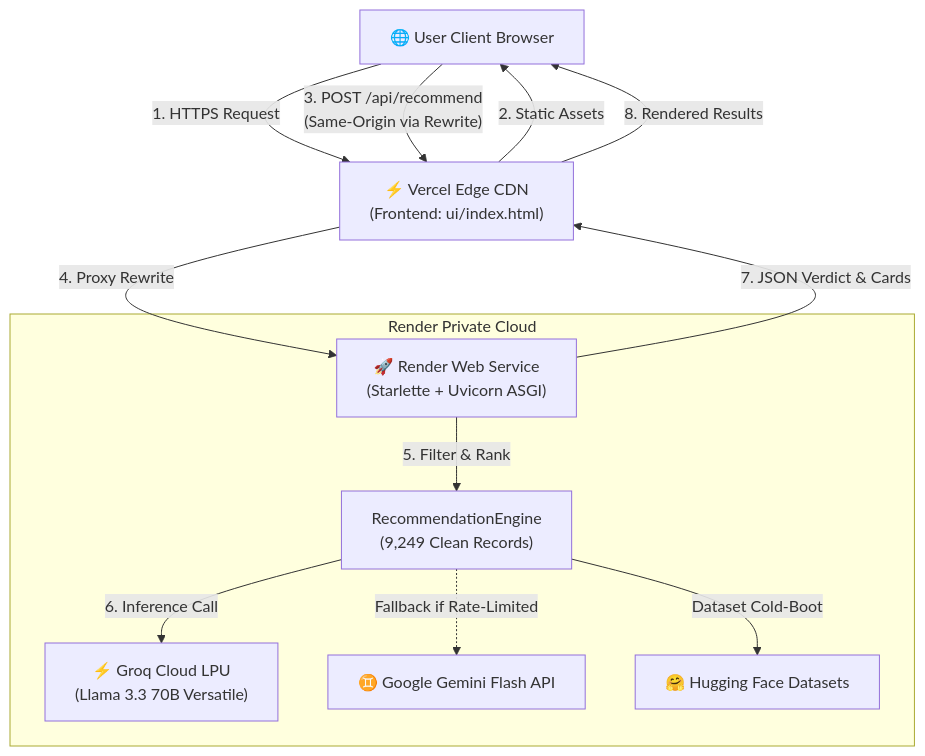
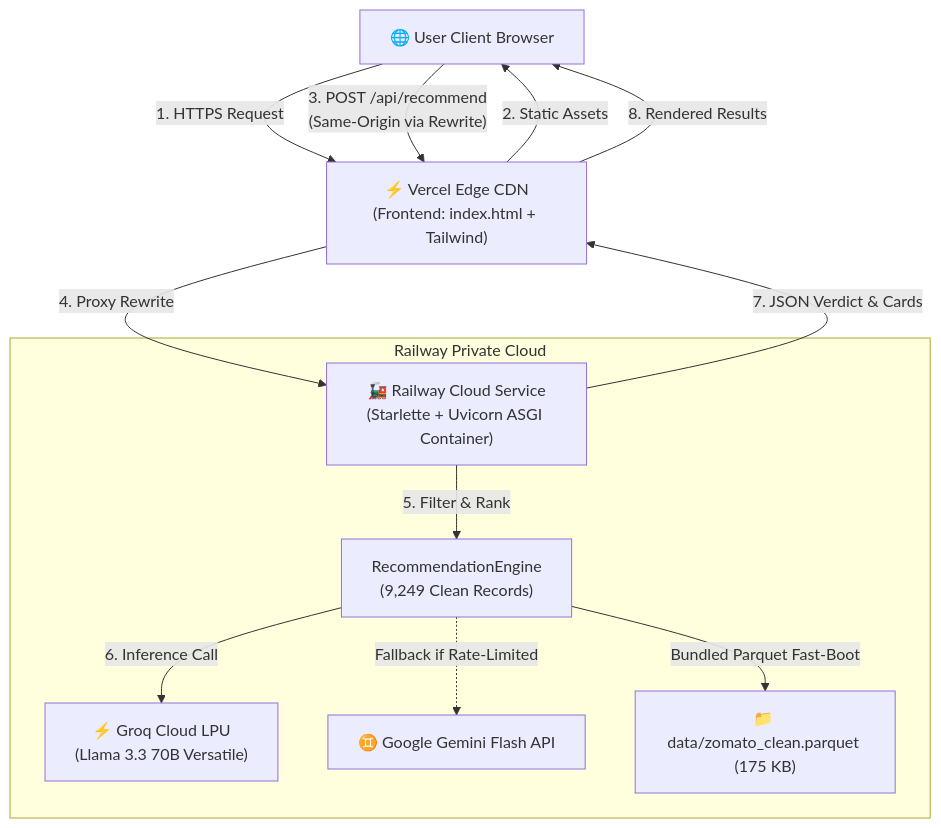
The diagram in docs/deployment-plan.md (snigdhapanda1410/Zomato_Recommendations), drawn with Mermaid before and after one commit. The commit also changed other lines of this file and 3 other files, not shown here.

Commit message:
docs: update deployment plan and configuration for Railway backend and Vercel frontend

````diff
--- a/docs/deployment-plan.md
+++ b/docs/deployment-plan.md
@@ -12,17 +12,17 @@
 ```mermaid
 graph TD
-    User["🌐 User Client Browser"] -->|"1. HTTPS Request"| Vercel["⚡ Vercel Edge CDN<br/>(Frontend: ui/index.html)"]
+    User["🌐 User Client Browser"] -->|"1. HTTPS Request"| Vercel["⚡ Vercel Edge CDN<br/>(Frontend: index.html + Tailwind)"]
     Vercel -->|"2. Static Assets"| User
     User -->|"3. POST /api/recommend<br/>(Same-Origin via Rewrite)"| Vercel
-    Vercel -->|"4. Proxy Rewrite"| Render["🚀 Render Web Service<br/>(Starlette + Uvicorn ASGI)"]
+    Vercel -->|"4. Proxy Rewrite"| Railway["🚂 Railway Cloud Service<br/>(Starlette + Uvicorn ASGI Container)"]
     
-    subgraph "Render Private Cloud"
-        Render -->|"5. Filter & Rank"| Engine["RecommendationEngine<br/>(9,249 Clean Records)"]
+    subgraph "Railway Private Cloud"
+        Railway -->|"5. Filter & Rank"| Engine["RecommendationEngine<br/>(9,249 Clean Records)"]
         Engine -->|"6. Inference Call"| Groq["⚡ Groq Cloud LPU<br/>(Llama 3.3 70B Versatile)"]
         Engine -.->|"Fallback if Rate-Limited"| Gemini["♊ Google Gemini Flash API"]
-        Engine -->|"Dataset Cold-Boot"| HF["🤗 Hugging Face Datasets"]
+        Engine -->|"Bundled Parquet Fast-Boot"| CleanData["📁 data/zomato_clean.parquet (175 KB)"]
     end
     
-    Render -->|"7. JSON Verdict & Cards"| Vercel
+    Railway -->|"7. JSON Verdict & Cards"| Vercel
     Vercel -->|"8. Rendered Results"| User
 ```
````
